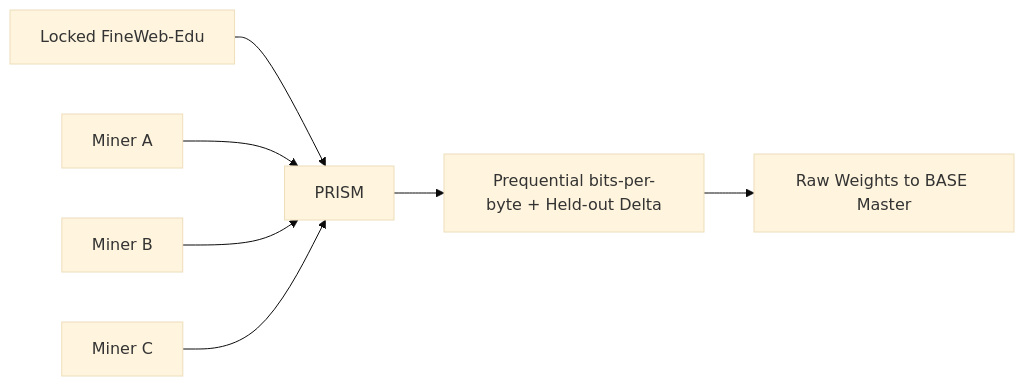
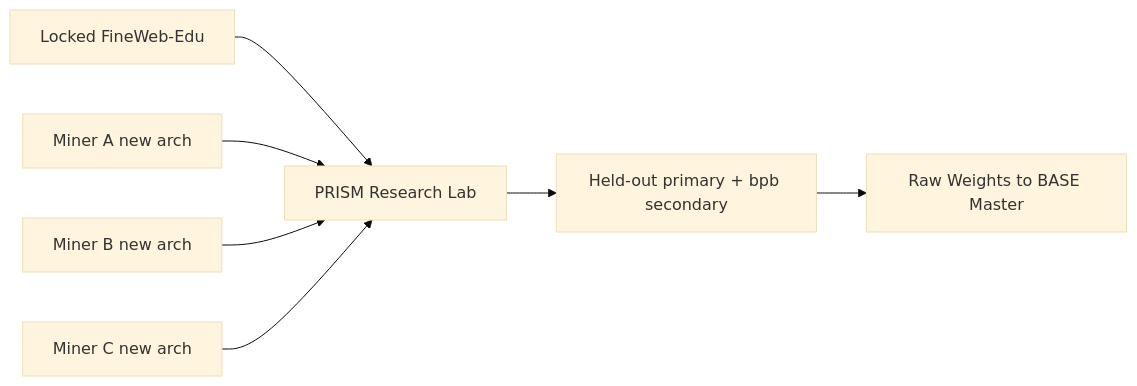
One commit to BaseIntelligence/prism changed the diagram in docs/overview.md. Above: the diagram before and after it, drawn with Mermaid (base theme). The commit also changed other lines of this file and 12 other files, not shown here.

First line of the commit message:
docs(prism): research-lab identity, 124M→350M ladder, emission held-out primary

````diff
--- a/docs/overview.md
+++ b/docs/overview.md
@@ -25,9 +42,9 @@
 ```mermaid
 flowchart LR
-    A[Locked FineWeb-Edu] --> P[PRISM]
-    M1[Miner A] --> P
-    M2[Miner B] --> P
-    M3[Miner C] --> P
-    P --> R[Prequential bits-per-byte + Held-out Delta]
+    A[Locked FineWeb-Edu] --> P[PRISM Research Lab]
+    M1[Miner A new arch] --> P
+    M2[Miner B new arch] --> P
+    M3[Miner C new arch] --> P
+    P --> R[Held-out primary + bpb secondary]
     R --> W[Raw Weights to BASE Master]
 ```
````
